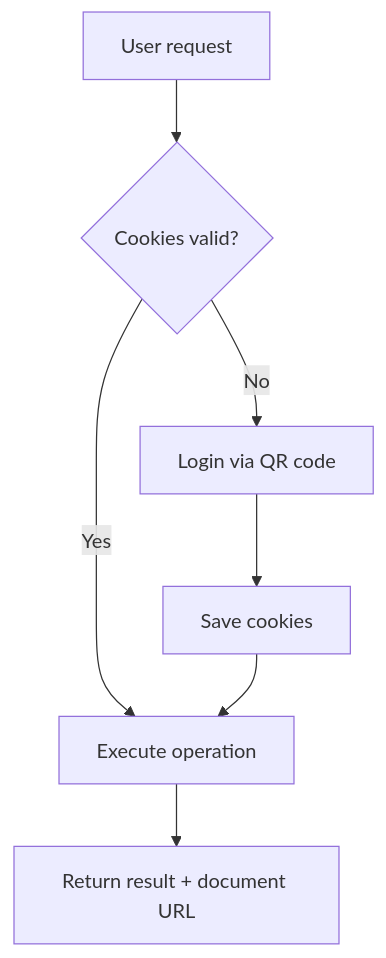
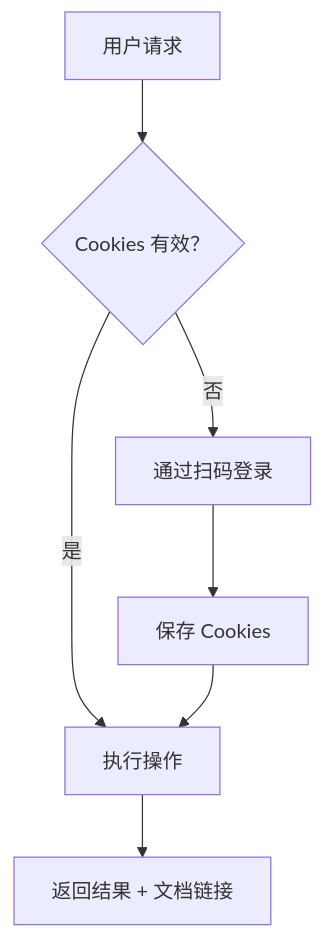
Before and after one commit to Wscats/tencent-docs-markdown: the first of 2 diagrams in SKILL.md, drawn with Mermaid. The commit also changed other lines of this file and 4 other files, not shown here.

````diff
--- a/SKILL.md
+++ b/SKILL.md
@@ -35,9 +35,9 @@
 ```mermaid
 flowchart TD
-    A[User request] --> B{Cookies valid?}
-    B -->|Yes| C[Execute operation]
-    B -->|No| D[Login via QR code]
-    D --> E[Save cookies]
+    A[用户请求] --> B{Cookies 有效？}
+    B -->|是| C[执行操作]
+    B -->|否| D[通过扫码登录]
+    D --> E[保存 Cookies]
     E --> C
-    C --> F[Return result + document URL]
+    C --> F[返回结果 + 文档链接]
 ```
````
